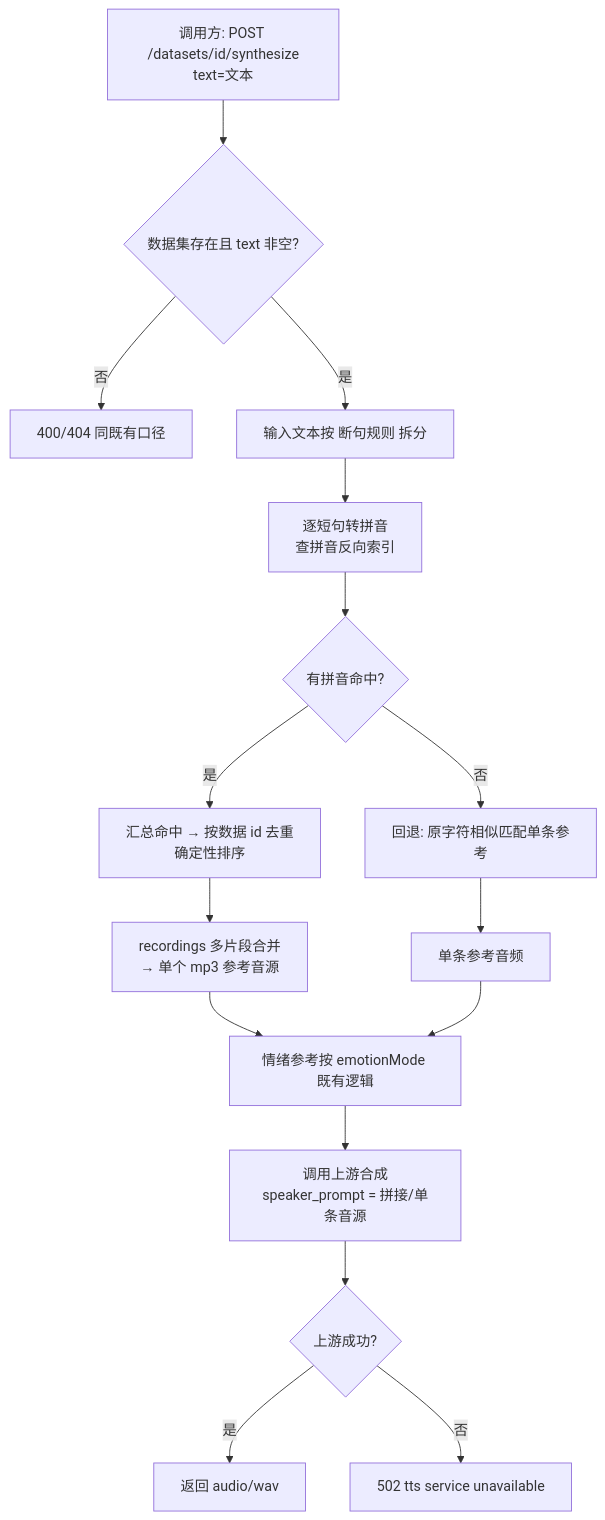
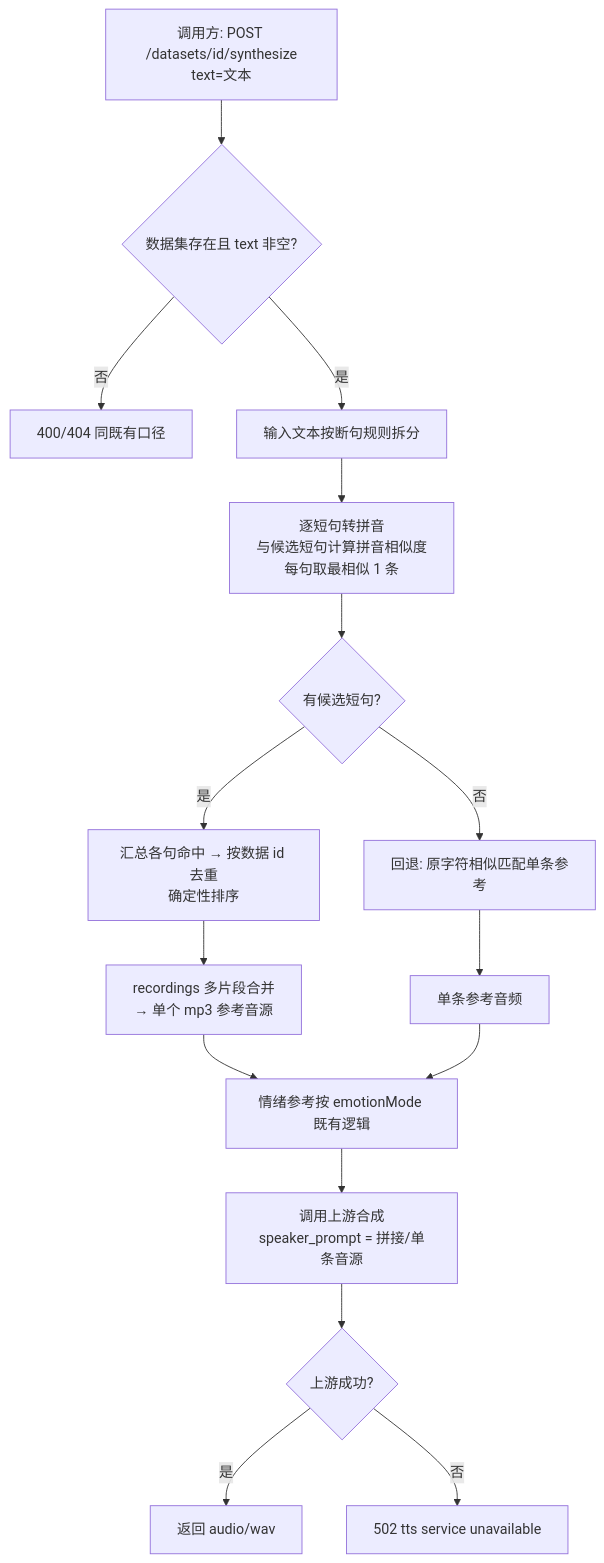
The first of 2 diagrams in docs/product/draft/20261001-training-synthesize-pinyin-match-prd.md (Deliay/z-vtuber), drawn with Mermaid before and after one commit. The commit also changed other lines of this file and 1 other file, not shown here.

````diff
--- a/docs/product/draft/20261001-training-synthesize-pinyin-match-prd.md
+++ b/docs/product/draft/20261001-training-synthesize-pinyin-match-prd.md
@@ -113,18 +114,18 @@
 ```mermaid
 flowchart TD
     A[调用方: POST /datasets/id/synthesize<br/>text=文本] --> B{数据集存在且 text 非空?}
     B -->|否| Z1[400/404 同既有口径]
-    B -->|是| C[输入文本按 断句规则 拆分]
-    C --> D[逐短句转拼音<br/>查拼音反向索引]
-    D --> E{有拼音命中?}
+    B -->|是| C[输入文本按断句规则拆分]
+    C --> D[逐短句转拼音<br/>与候选短句计算拼音相似度<br/>每句取最相似 1 条]
+    D --> E{有候选短句?}
     E -->|否| F[回退: 原字符相似匹配单条参考]
-    E -->|是| G[汇总命中 → 按数据 id 去重<br/>确定性排序]
+    E -->|是| G[汇总各句命中 → 按数据 id 去重<br/>确定性排序]
     G --> H[recordings 多片段合并<br/>→ 单个 mp3 参考音源]
     F --> K[单条参考音频]
     H --> I[情绪参考按 emotionMode 既有逻辑]
     K --> I
     I --> J[调用上游合成<br/>speaker_prompt = 拼接/单条音源]
     J --> L{上游成功?}
     L -->|是| M[返回 audio/wav]
     L -->|否| Z3[502 tts service unavailable]
 ```
````
